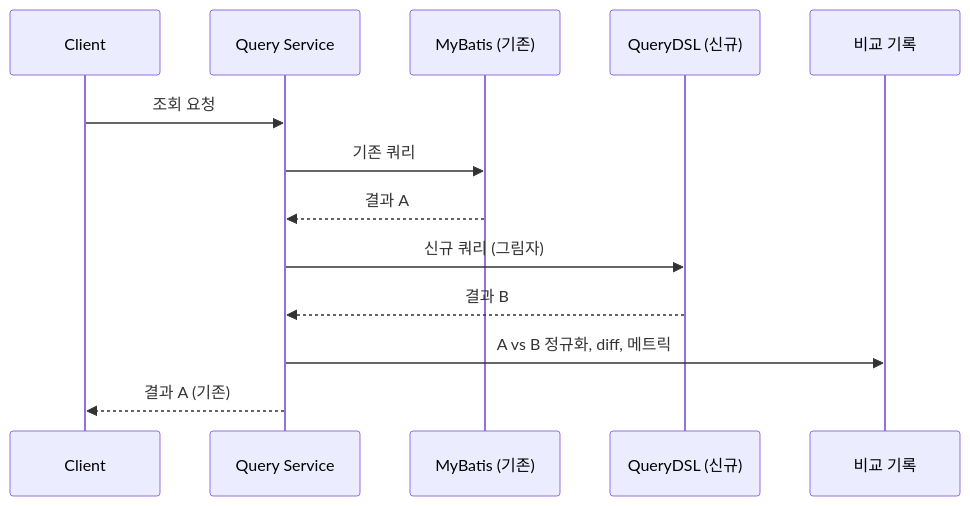
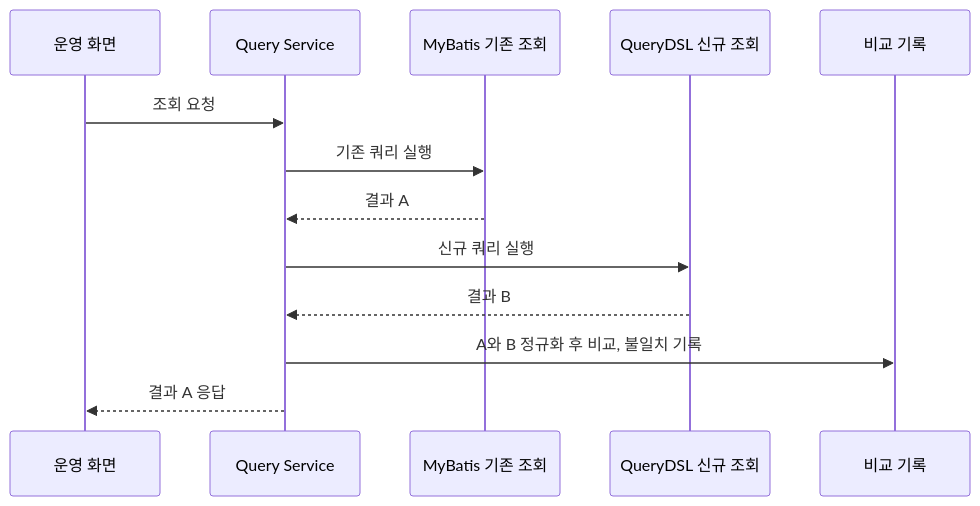
The second of 4 diagrams in _posts/notes/common/2025-11-22-shadow-release-query-migration.md (polynomeer/polynomeer.github.io), drawn with Mermaid before and after one commit. The commit also changed other lines of this file, not shown here.

````diff
--- a/_posts/notes/common/2025-11-22-shadow-release-query-migration.md
+++ b/_posts/notes/common/2025-11-22-shadow-release-query-migration.md
@@ -97,15 +110,15 @@
 ```mermaid
 sequenceDiagram
-    participant C as Client
+    participant C as 운영 화면
     participant S as Query Service
-    participant M as MyBatis (기존)
-    participant Q as QueryDSL (신규)
+    participant M as MyBatis 기존 조회
+    participant Q as QueryDSL 신규 조회
     participant D as 비교 기록
     C->>S: 조회 요청
-    S->>M: 기존 쿼리
+    S->>M: 기존 쿼리 실행
     M-->>S: 결과 A
-    S->>Q: 신규 쿼리 (그림자)
+    S->>Q: 신규 쿼리 실행
     Q-->>S: 결과 B
-    S->>D: A vs B 정규화, diff, 메트릭
-    S-->>C: 결과 A (기존)
+    S->>D: A와 B 정규화 후 비교, 불일치 기록
+    S-->>C: 결과 A 응답
 ```
````
